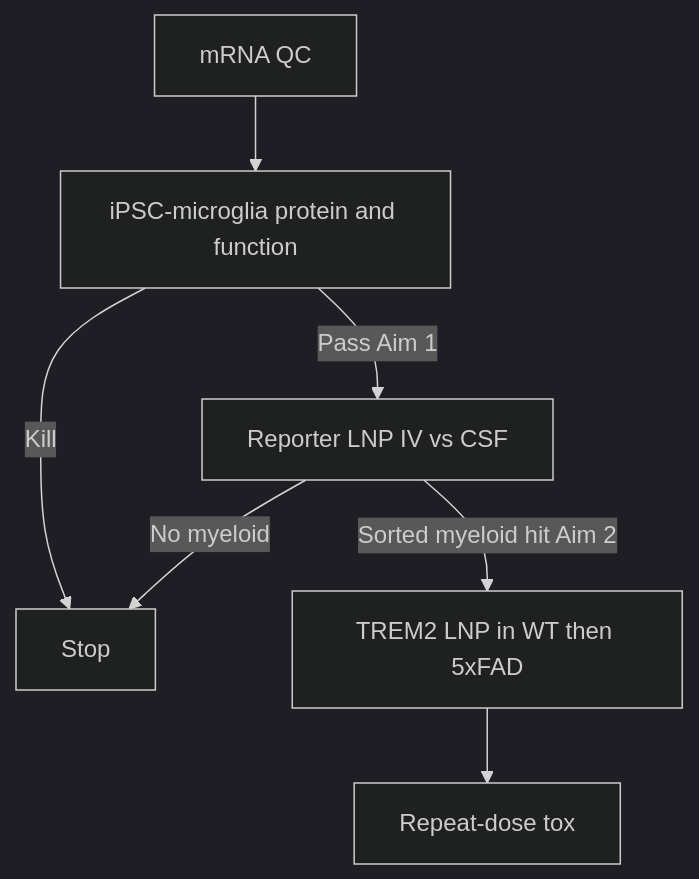
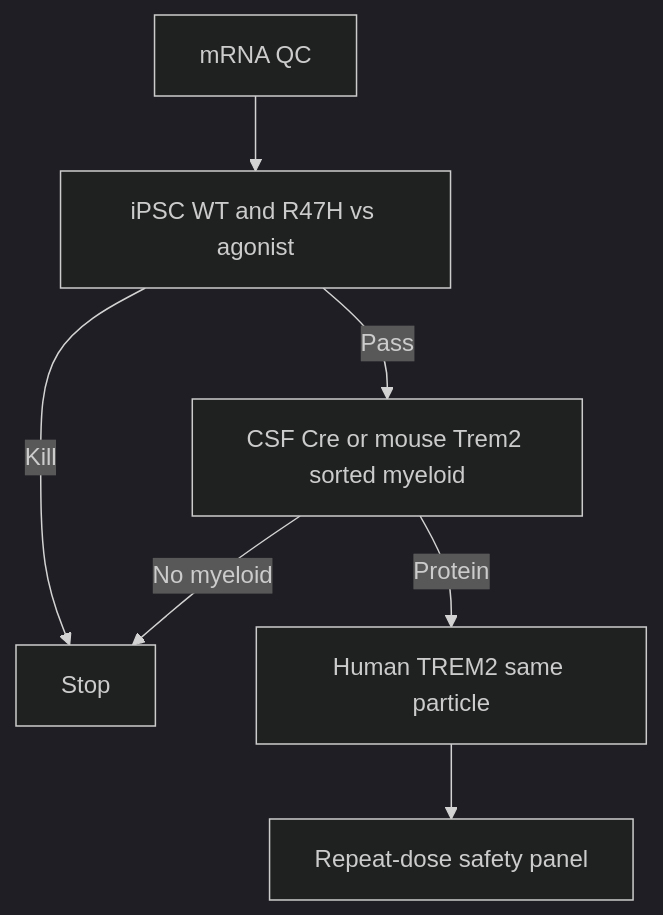
The diagram in science/04-assays.md (CosmicCEO/novellum), drawn with Mermaid (dark theme) before and after one commit. The commit also changed other lines of this file, not shown here.

Commit message:
Gate R47H vs agonist; add synaptic and dose-2 safety assays

````diff
--- a/science/04-assays.md
+++ b/science/04-assays.md
@@ -7,9 +7,9 @@
 ```mermaid
 flowchart TD
-  Q[mRNA QC] --> D[iPSC-microglia protein and function]
-  D -->|Pass Aim 1| R[Reporter LNP IV vs CSF]
+  Q[mRNA QC] --> D[iPSC WT and R47H vs agonist]
+  D -->|Pass| R[CSF Cre or mouse Trem2 sorted myeloid]
   D -->|Kill| Z[Stop]
-  R -->|Sorted myeloid hit Aim 2| T[TREM2 LNP in WT then 5xFAD]
+  R -->|Protein| T[Human TREM2 same particle]
   R -->|No myeloid| Z
-  T --> X[Repeat-dose tox]
+  T --> X[Repeat-dose safety panel]
 ```
````
